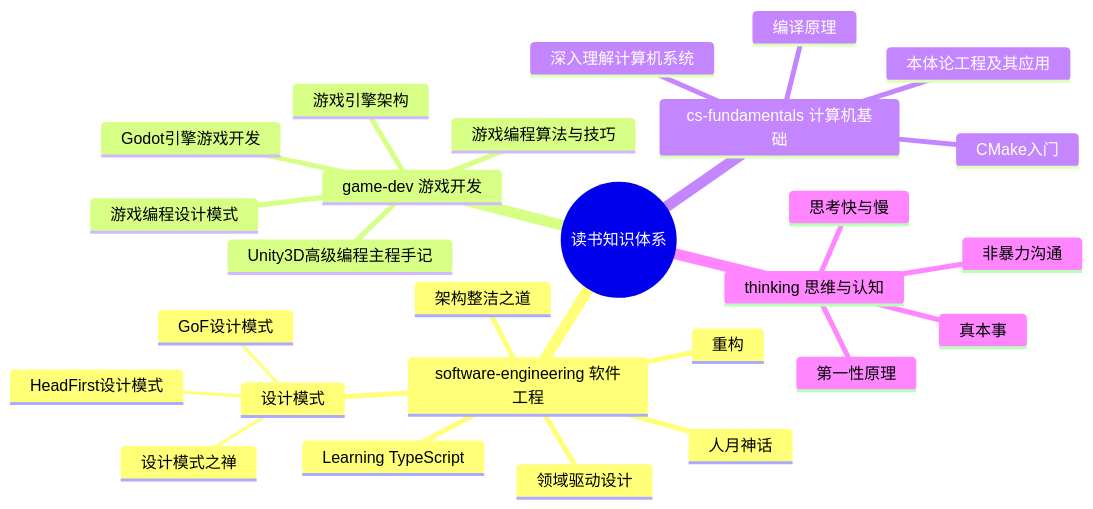
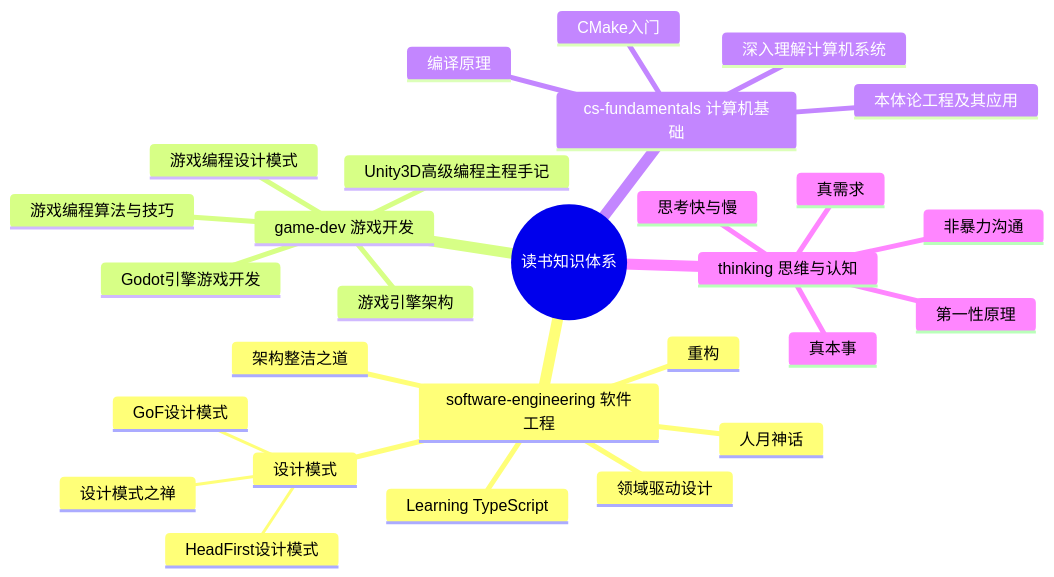
One commit to hongyesuifeng/readbooks changed the first of 2 diagrams in books/知识关联图谱.md. Above: the diagram before and after it, drawn with Mermaid. The commit also changed other lines of this file and 1 other file, not shown here.

Commit message:
update 真需求

````diff
--- a/books/知识关联图谱.md
+++ b/books/知识关联图谱.md
@@ -9,30 +9,31 @@
 ```mermaid
 mindmap
   root((读书知识体系))
     software-engineering 软件工程
       设计模式
         GoF设计模式
         HeadFirst设计模式
         设计模式之禅
       重构
       架构整洁之道
       领域驱动设计
       人月神话
       Learning TypeScript
     game-dev 游戏开发
       游戏引擎架构
       游戏编程设计模式
       游戏编程算法与技巧
       Godot引擎游戏开发
       Unity3D高级编程主程手记
     cs-fundamentals 计算机基础
       编译原理
       深入理解计算机系统
       本体论工程及其应用
       CMake入门
     thinking 思维与认知
       第一性原理
       思考快与慢
       真本事
       非暴力沟通
+      真需求
 ```
````
